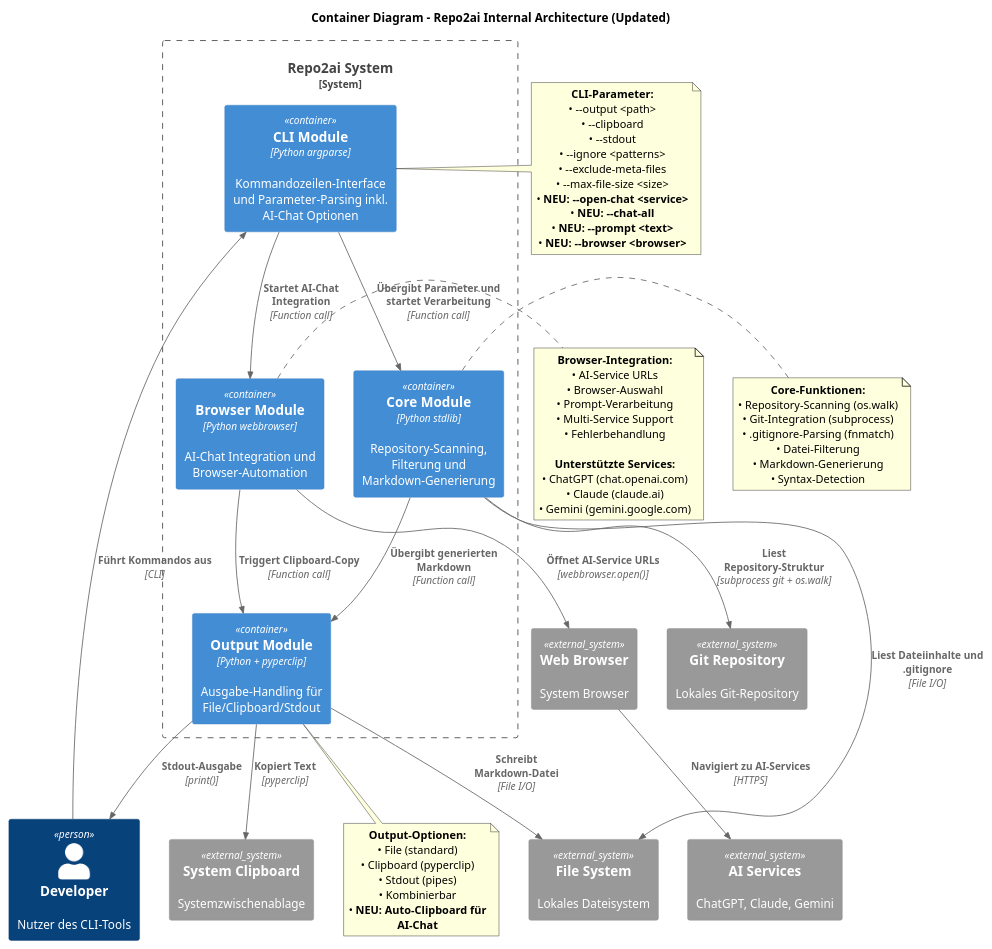
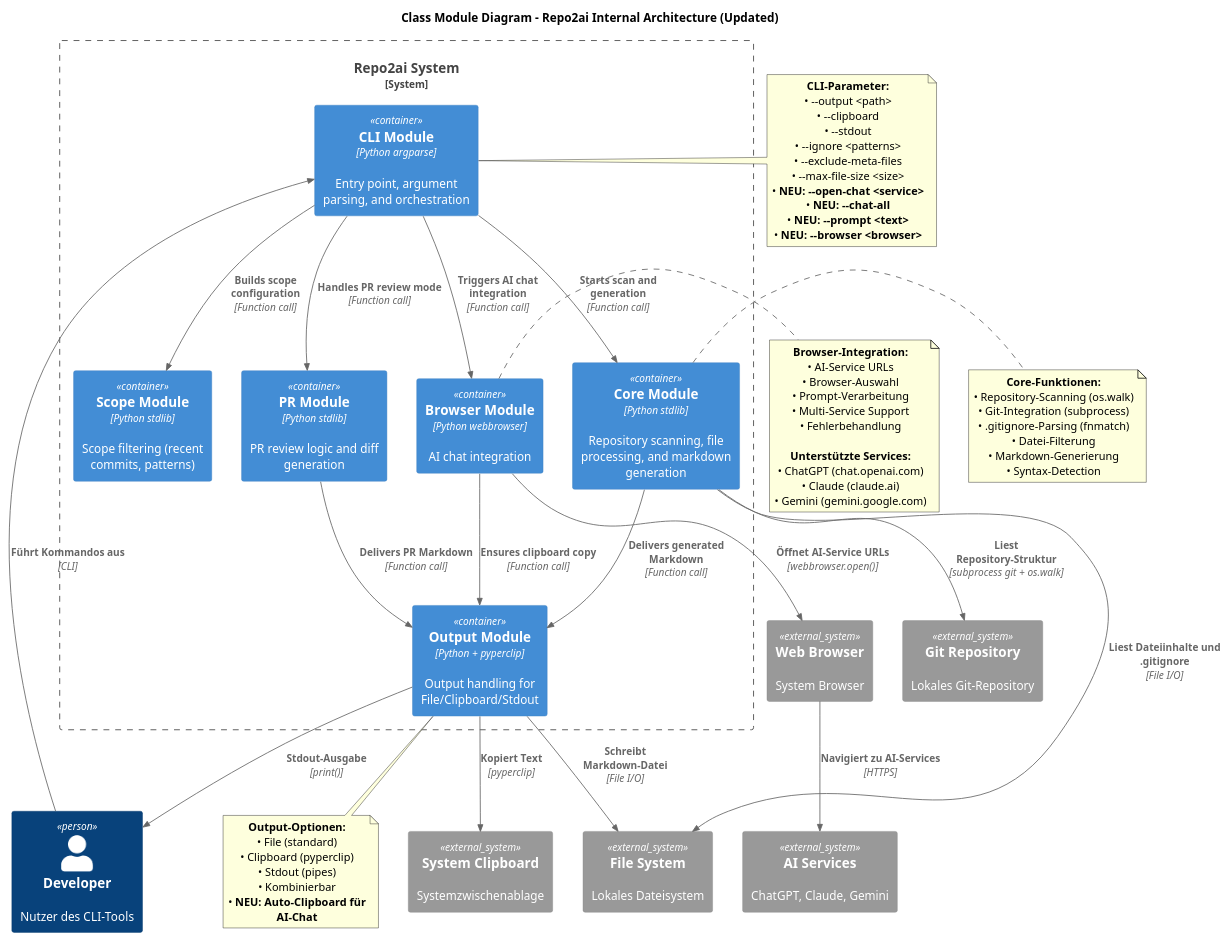
Before and after one commit to georghildebrand/repo2ai: the diagram in docs/architecture/c4/02-container-diagram.puml, drawn with PlantUML. The commit also changed 7 other files, not shown here.

```diff
--- a/docs/architecture/c4/02-container-diagram.puml
+++ b/docs/architecture/c4/02-container-diagram.puml
@@ -1,86 +1,91 @@
 @startuml C4_Level2_repo2ai
 !include https://raw.githubusercontent.com/plantuml-stdlib/C4-PlantUML/master/C4_Container.puml
 
-title Container Diagram - Repo2ai Internal Architecture (Updated)
+title Class Module Diagram - Repo2ai Internal Architecture (Updated)
 
 Person(developer, "Developer", "Nutzer des CLI-Tools")
 
 System_Boundary(repoToAi, "Repo2ai System") {
-    Container(cli, "CLI Module", "Python argparse", "Kommandozeilen-Interface und Parameter-Parsing inkl. AI-Chat Optionen")
-    Container(core, "Core Module", "Python stdlib", "Repository-Scanning, Filterung und Markdown-Generierung")
-    Container(output, "Output Module", "Python + pyperclip", "Ausgabe-Handling für File/Clipboard/Stdout")
-    Container(browser, "Browser Module", "Python webbrowser", "AI-Chat Integration und Browser-Automation")
+    Container(cli, "CLI Module", "Python argparse", "Entry point, argument parsing, and orchestration")
+    Container(core, "Core Module", "Python stdlib", "Repository scanning, file processing, and markdown generation")
+    Container(scope, "Scope Module", "Python stdlib", "Scope filtering (recent commits, patterns)")
+    Container(pr, "PR Module", "Python stdlib", "PR review logic and diff generation")
+    Container(output, "Output Module", "Python + pyperclip", "Output handling for File/Clipboard/Stdout")
+    Container(browser, "Browser Module", "Python webbrowser", "AI chat integration")
 }
 
 System_Ext(gitRepo, "Git Repository", "Lokales Git-Repository")
 System_Ext(fileSystem, "File System", "Lokales Dateisystem")
 System_Ext(clipboard, "System Clipboard", "Systemzwischenablage")
 System_Ext(webBrowser, "Web Browser", "System Browser")
 System_Ext(aiServices, "AI Services", "ChatGPT, Claude, Gemini")
 
 ' User interactions
 Rel(developer, cli, "Führt Kommandos aus", "CLI")
 
 ' Internal component relationships
-Rel(cli, core, "Übergibt Parameter und startet Verarbeitung", "Function call")
-Rel(core, output, "Übergibt generierten Markdown", "Function call")
-Rel(cli, browser, "Startet AI-Chat Integration", "Function call")
-Rel(browser, output, "Triggert Clipboard-Copy", "Function call")
+Rel(cli, core, "Starts scan and generation", "Function call")
+Rel(cli, scope, "Builds scope configuration", "Function call")
+Rel(cli, pr, "Handles PR review mode", "Function call")
+Rel(core, output, "Delivers generated Markdown", "Function call")
+Rel(pr, output, "Delivers PR Markdown", "Function call")
+Rel(cli, browser, "Triggers AI chat integration", "Function call")
+Rel(browser, output, "Ensures clipboard copy", "Function call")
 
 ' External system interactions
 Rel(core, gitRepo, "Liest Repository-Struktur", "subprocess git + os.walk")
 Rel(core, fileSystem, "Liest Dateiinhalte und .gitignore", "File I/O")
 Rel(output, fileSystem, "Schreibt Markdown-Datei", "File I/O")
 Rel(output, clipboard, "Kopiert Text", "pyperclip")
 Rel(output, developer, "Stdout-Ausgabe", "print()")
 Rel(browser, webBrowser, "Öffnet AI-Service URLs", "webbrowser.open()")
 Rel(webBrowser, aiServices, "Navigiert zu AI-Services", "HTTPS")
 
 note right of core
   **Core-Funktionen:**
   • Repository-Scanning (os.walk)
   • Git-Integration (subprocess)
   • .gitignore-Parsing (fnmatch)
   • Datei-Filterung
   • Markdown-Generierung
   • Syntax-Detection
 end note
 
 note left of cli
   **CLI-Parameter:**
   • --output <path>
   • --clipboard
   • --stdout
   • --ignore <patterns>
   • --exclude-meta-files
   • --max-file-size <size>
   • **NEU: --open-chat <service>**
   • **NEU: --chat-all**
   • **NEU: --prompt <text>**
   • **NEU: --browser <browser>**
 end note
 
 note bottom of output
   **Output-Optionen:**
   • File (standard)
   • Clipboard (pyperclip)
   • Stdout (pipes)
   • Kombinierbar
   • **NEU: Auto-Clipboard für AI-Chat**
 end note
 
 note right of browser
   **Browser-Integration:**
   • AI-Service URLs
   • Browser-Auswahl
   • Prompt-Verarbeitung
   • Multi-Service Support
   • Fehlerbehandlung
 
   **Unterstützte Services:**
   • ChatGPT (chat.openai.com)
   • Claude (claude.ai)
   • Gemini (gemini.google.com)
 end note
 
 @enduml
```
